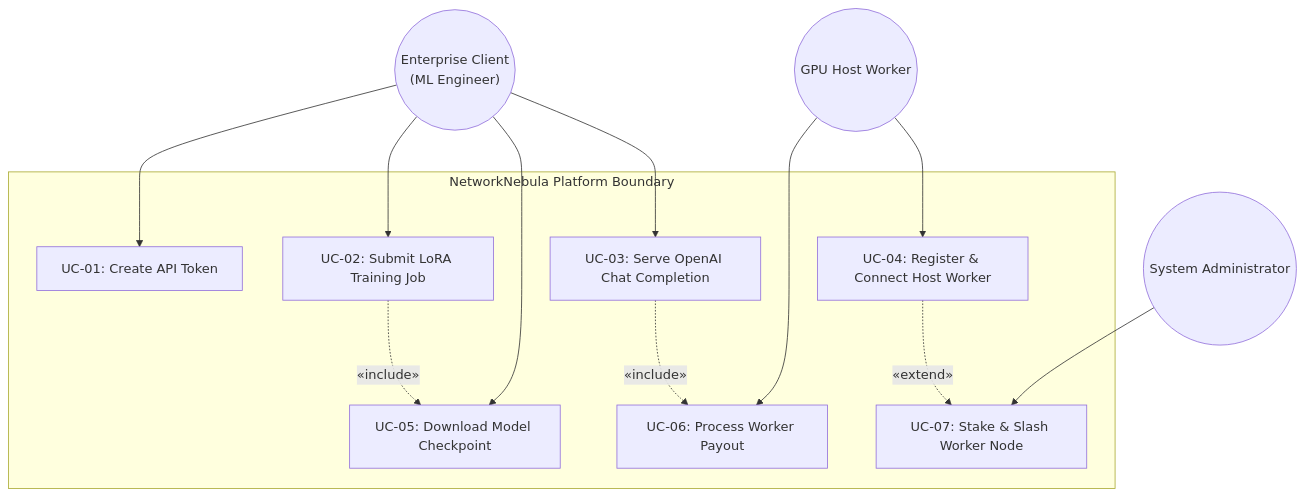
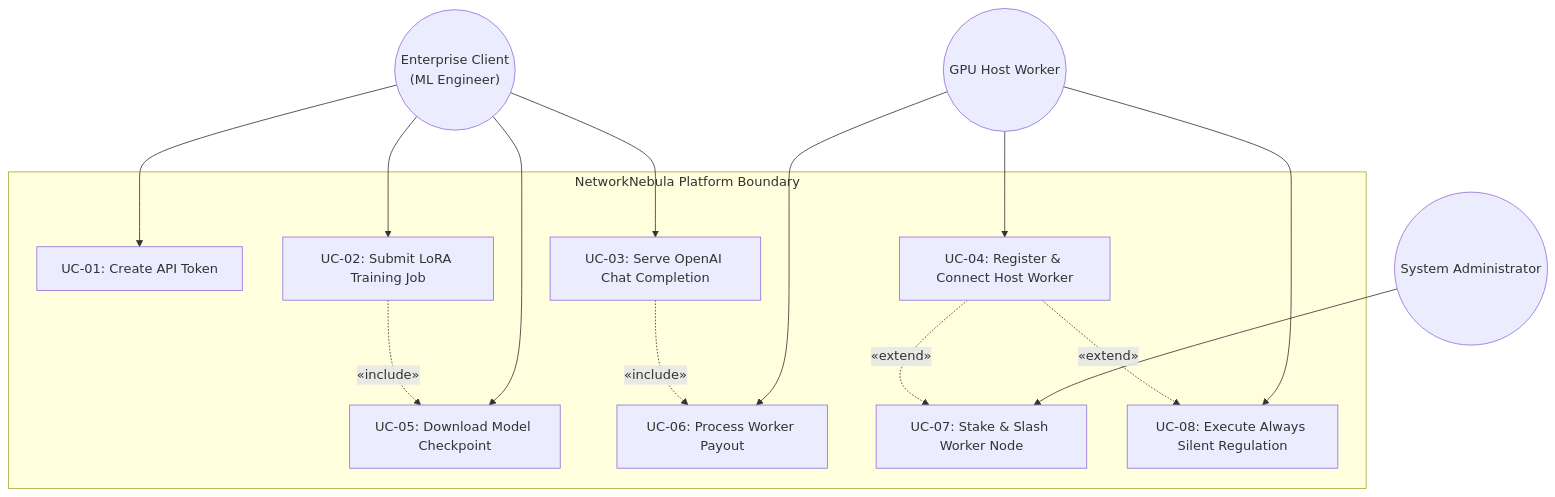
One commit to ohad-BN/Project-NetworkNebula changed the second of 3 diagrams in docs/long-term/specifications/SRS.md. Above: the diagram before and after it, drawn with Mermaid. The commit also changed other lines of this file and 52 other files, not shown here.

Commit message:
feat: Always Silent Worker Engine & Zero-Touch Remote Server Deployment

````diff
--- a/docs/long-term/specifications/SRS.md
+++ b/docs/long-term/specifications/SRS.md
@@ -152,30 +162,33 @@
 ```mermaid
 flowchart TD
     subgraph SystemBoundary ["NetworkNebula Platform Boundary"]
         UC01["UC-01: Create API Token"]
         UC02["UC-02: Submit LoRA Training Job"]
         UC03["UC-03: Serve OpenAI Chat Completion"]
         UC04["UC-04: Register & Connect Host Worker"]
         UC05["UC-05: Download Model Checkpoint"]
         UC06["UC-06: Process Worker Payout"]
         UC07["UC-07: Stake & Slash Worker Node"]
+        UC08["UC-08: Execute Always Silent Regulation"]
         
         UC02 -.->|«include»| UC05
         UC03 -.->|«include»| UC06
         UC04 -.->|«extend»| UC07
+        UC04 -.->|«extend»| UC08
     end
 
     Client(("Enterprise Client<br/>(ML Engineer)"))
     Worker(("GPU Host Worker"))
     Admin(("System Administrator"))
 
     Client --> UC01
     Client --> UC02
     Client --> UC03
     Client --> UC05
 
     Worker --> UC04
     Worker --> UC06
+    Worker --> UC08
 
     Admin --> UC07
 ```
````
